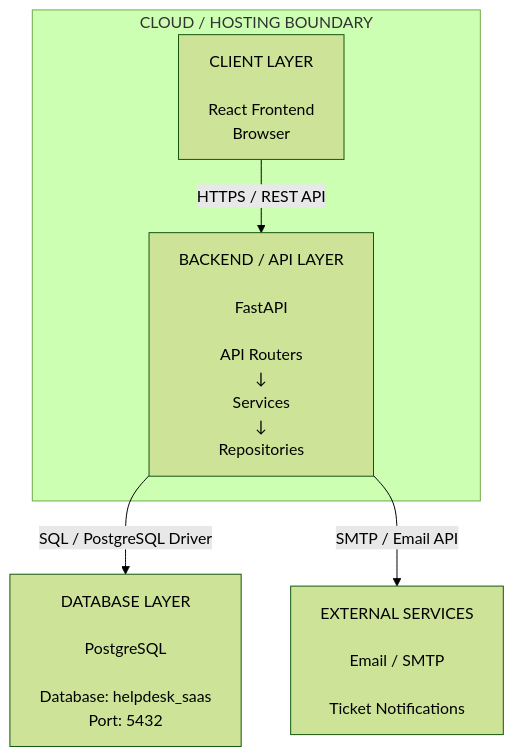
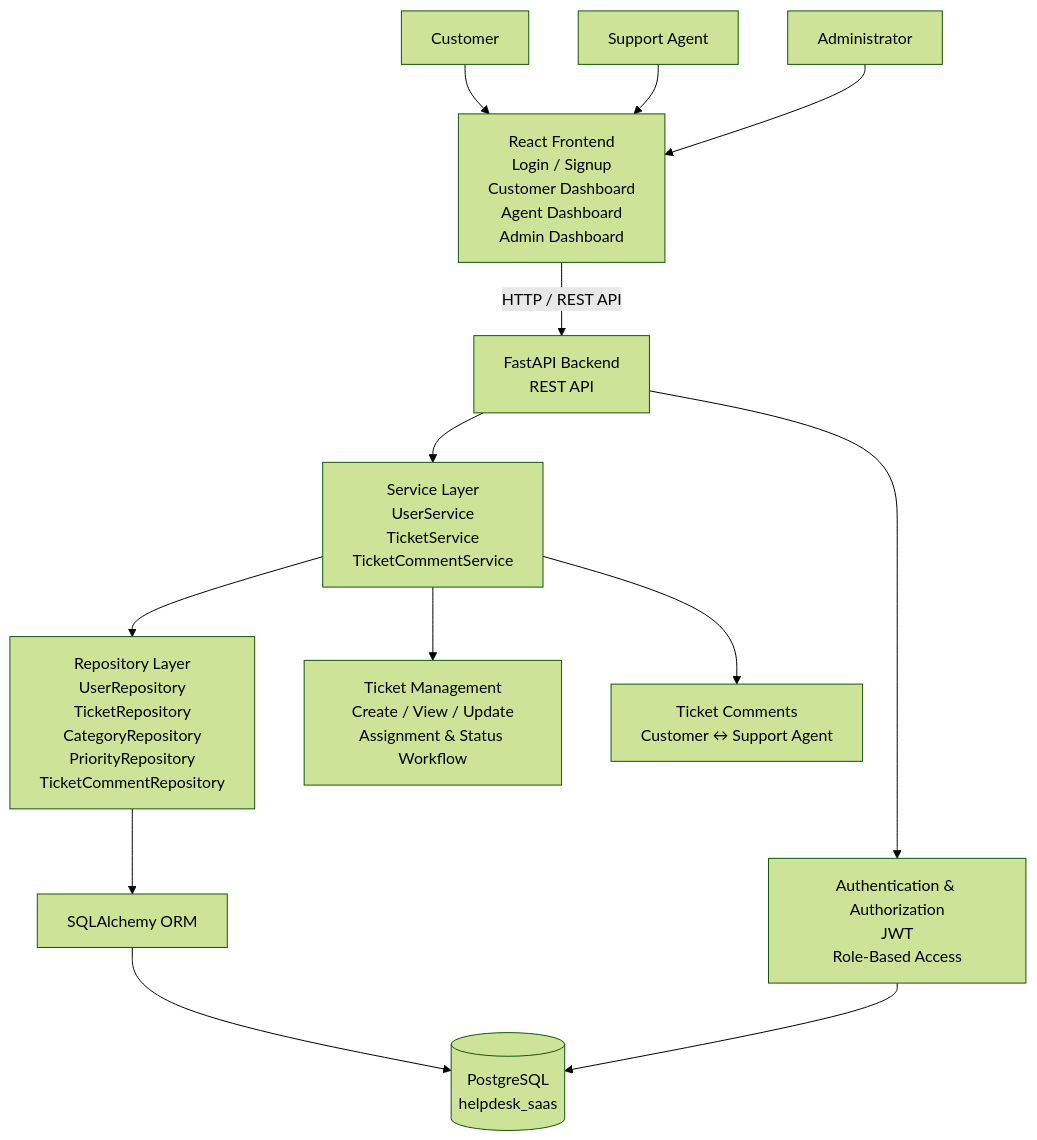
The diagram in docs/diagrams/Architecture_Diagram_v1.mmd (Md-Farhan12/helpdesk-customer-support-saas), drawn with Mermaid (forest theme) before and after one commit. The commit also changed 1 other file, not shown here.

Commit message:
docs(diagrams): update architecture diagram for review

```diff
--- a/docs/diagrams/Architecture_Diagram_v1.mmd
+++ b/docs/diagrams/Architecture_Diagram_v1.mmd
@@ -1,19 +1,41 @@
 flowchart TB
 
-    subgraph HOSTING["CLOUD / HOSTING BOUNDARY"]
-        
-        CLIENT["CLIENT LAYER<br/><br/>React Frontend<br/>Browser"]
+    CUSTOMER["Customer"]
+    AGENT["Support Agent"]
+    ADMIN["Administrator"]
 
-        BACKEND["BACKEND / API LAYER<br/><br/>FastAPI<br/><br/>API Routers<br/>↓<br/>Services<br/>↓<br/>Repositories"]
+    FRONTEND["React Frontend<br/>Login / Signup<br/>Customer Dashboard<br/>Agent Dashboard<br/>Admin Dashboard"]
 
-    end
+    API["FastAPI Backend<br/>REST API"]
 
-    DATABASE["DATABASE LAYER<br/><br/>PostgreSQL<br/><br/>Database: helpdesk_saas<br/>Port: 5432"]
+    AUTH["Authentication & Authorization<br/>JWT<br/>Role-Based Access"]
 
-    EMAIL["EXTERNAL SERVICES<br/><br/>Email / SMTP<br/><br/>Ticket Notifications"]
+    SERVICES["Service Layer<br/>UserService<br/>TicketService<br/>TicketCommentService"]
 
-    CLIENT -->|"HTTPS / REST API"| BACKEND
+    REPOSITORIES["Repository Layer<br/>UserRepository<br/>TicketRepository<br/>CategoryRepository<br/>PriorityRepository<br/>TicketCommentRepository"]
 
-    BACKEND -->|"SQL / PostgreSQL Driver"| DATABASE
+    ORM["SQLAlchemy ORM"]
 
-    BACKEND -->|"SMTP / Email API"| EMAIL
+    DB[("PostgreSQL<br/>helpdesk_saas")]
+
+    TICKETS["Ticket Management<br/>Create / View / Update<br/>Assignment & Status Workflow"]
+
+    COMMENTS["Ticket Comments<br/>Customer ↔ Support Agent"]
+
+    CUSTOMER --> FRONTEND
+    AGENT --> FRONTEND
+    ADMIN --> FRONTEND
+
+    FRONTEND -->|"HTTP / REST API"| API
+
+    API --> AUTH
+    API --> SERVICES
+
+    SERVICES --> TICKETS
+    SERVICES --> COMMENTS
+
+    SERVICES --> REPOSITORIES
+    REPOSITORIES --> ORM
+    ORM --> DB
+
+    AUTH --> DB
```
